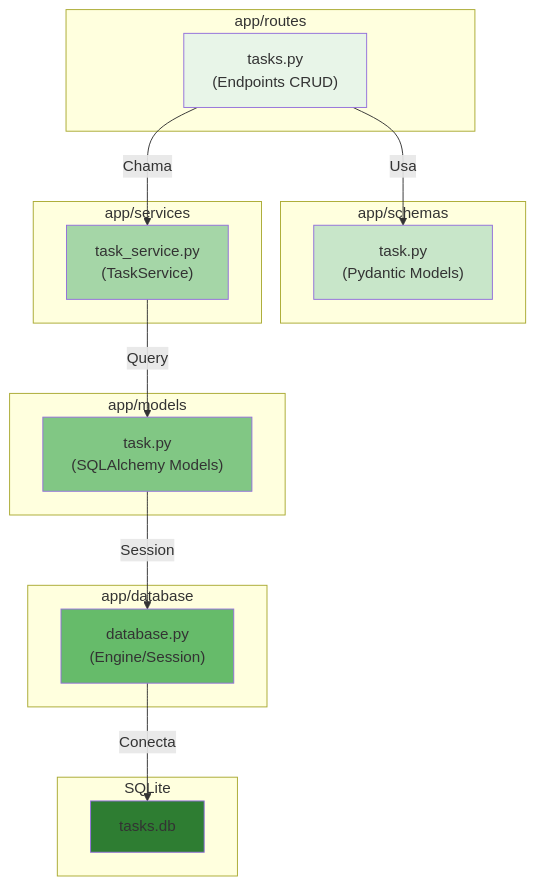
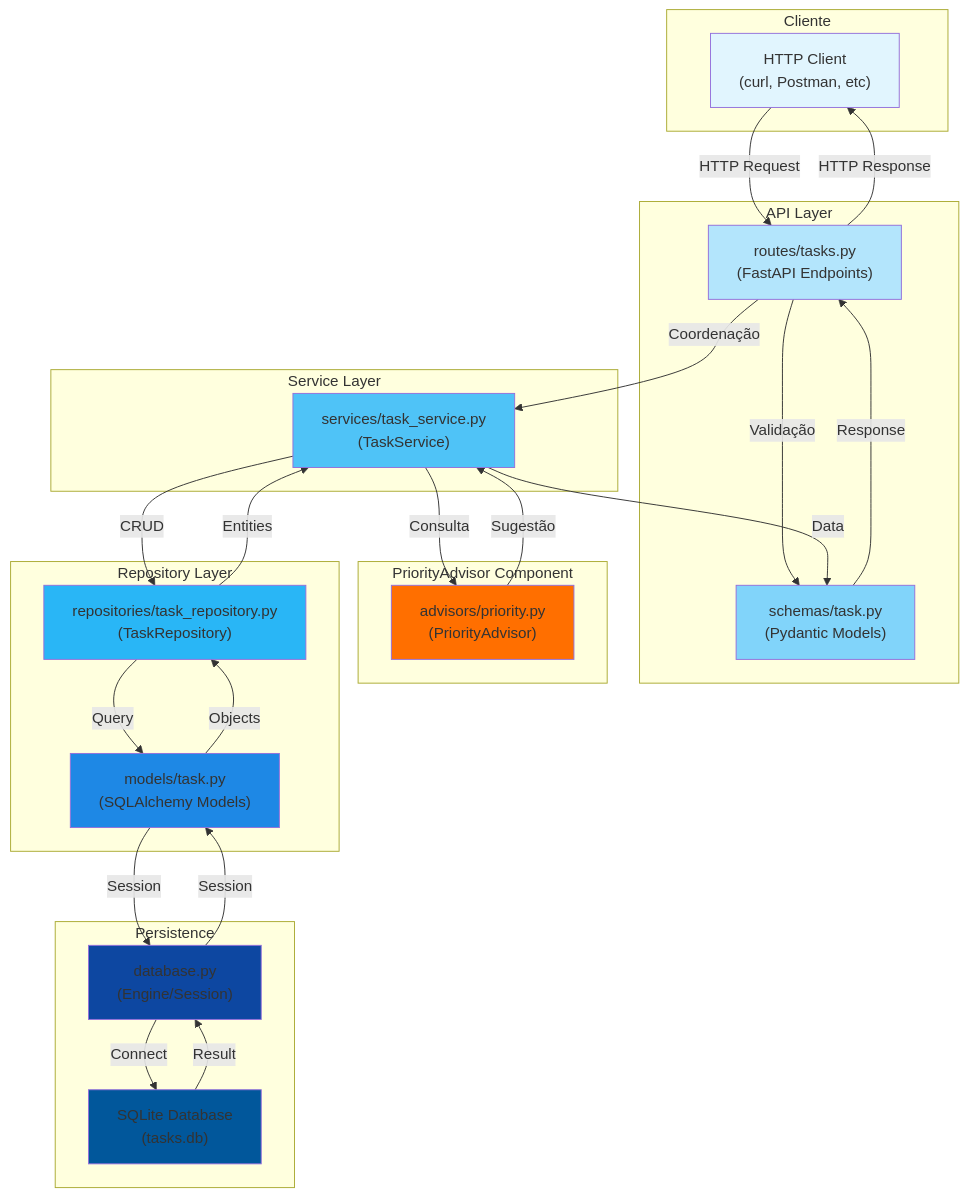
The second of 3 diagrams in docs/diagramas.md (aersouza/laboratorio-taskapi), drawn with Mermaid before and after one commit. The commit also changed other lines of this file and 3 other files, not shown here.

First line of the commit message:
feat: integrate PriorityAdvisor and Repository Layer into architecture

````diff
--- a/docs/diagramas.md
+++ b/docs/diagramas.md
@@ -42,39 +50,56 @@
 ```mermaid
 graph TB
-    subgraph "app/routes"
-        R["tasks.py<br/>(Endpoints CRUD)"]
+    subgraph "Cliente"
+        CLI["HTTP Client<br/>(curl, Postman, etc)"]
     end
 
-    subgraph "app/schemas"
-        S["task.py<br/>(Pydantic Models)"]
+    subgraph "API Layer"
+        R["routes/tasks.py<br/>(FastAPI Endpoints)"]
+        S["schemas/task.py<br/>(Pydantic Models)"]
     end
 
-    subgraph "app/services"
-        SVC["task_service.py<br/>(TaskService)"]
+    subgraph "Service Layer"
+        SVC["services/task_service.py<br/>(TaskService)"]
     end
 
-    subgraph "app/models"
-        M["task.py<br/>(SQLAlchemy Models)"]
+    subgraph "PriorityAdvisor Component"
+        PA["advisors/priority.py<br/>(PriorityAdvisor)"]
     end
 
-    subgraph "app/database"
-        DB["database.py<br/>(Engine/Session)"]
+    subgraph "Repository Layer"
+        REPO["repositories/task_repository.py<br/>(TaskRepository)"]
+        M["models/task.py<br/>(SQLAlchemy Models)"]
     end
 
-    subgraph "SQLite"
-        DATA["tasks.db"]
+    subgraph "Persistence"
+        DB["database.py<br/>(Engine/Session)"]
+        DATA["SQLite Database<br/>(tasks.db)"]
     end
 
-    R -->|Usa| S
-    R -->|Chama| SVC
-    SVC -->|Query| M
+    CLI -->|HTTP Request| R
+    R -->|Validação| S
+    R -->|Coordenação| SVC
+    SVC -->|Consulta| PA
+    PA -->|Sugestão| SVC
+    SVC -->|CRUD| REPO
+    REPO -->|Query| M
     M -->|Session| DB
-    DB -->|Conecta| DATA
+    DB -->|Connect| DATA
+    DATA -->|Result| DB
+    DB -->|Session| M
+    M -->|Objects| REPO
+    REPO -->|Entities| SVC
+    SVC -->|Data| S
+    S -->|Response| R
+    R -->|HTTP Response| CLI
 
-    style R fill:#e8f5e8
-    style S fill:#c8e6c9
-    style SVC fill:#a5d6a7
-    style M fill:#81c784
-    style DB fill:#66bb6a
-    style DATA fill:#2e7d32
+    style CLI fill:#e1f5fe
+    style R fill:#b3e5fc
+    style S fill:#81d4fa
+    style SVC fill:#4fc3f7
+    style PA fill:#ff6f00
+    style REPO fill:#29b6f6
+    style M fill:#1e88e5
+    style DB fill:#0d47a1
+    style DATA fill:#01579b
 ```
````
